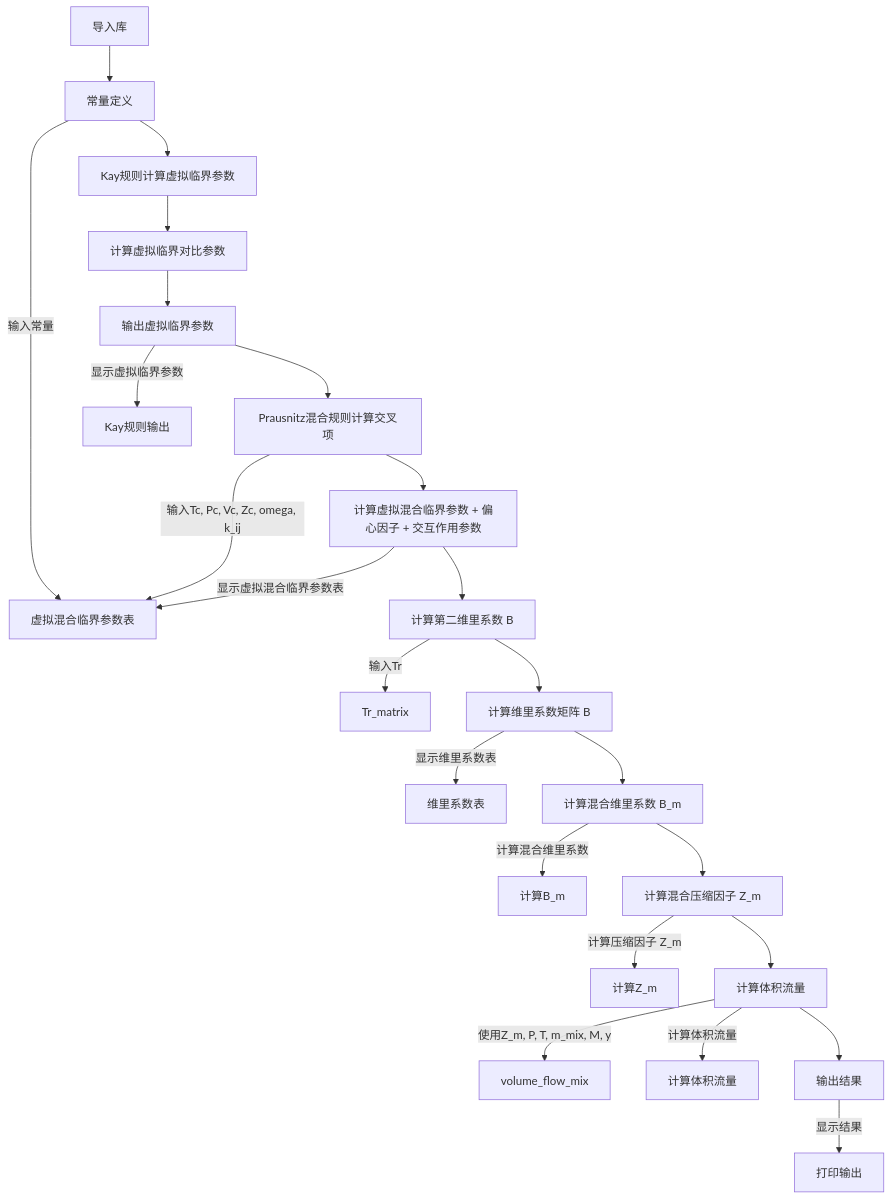
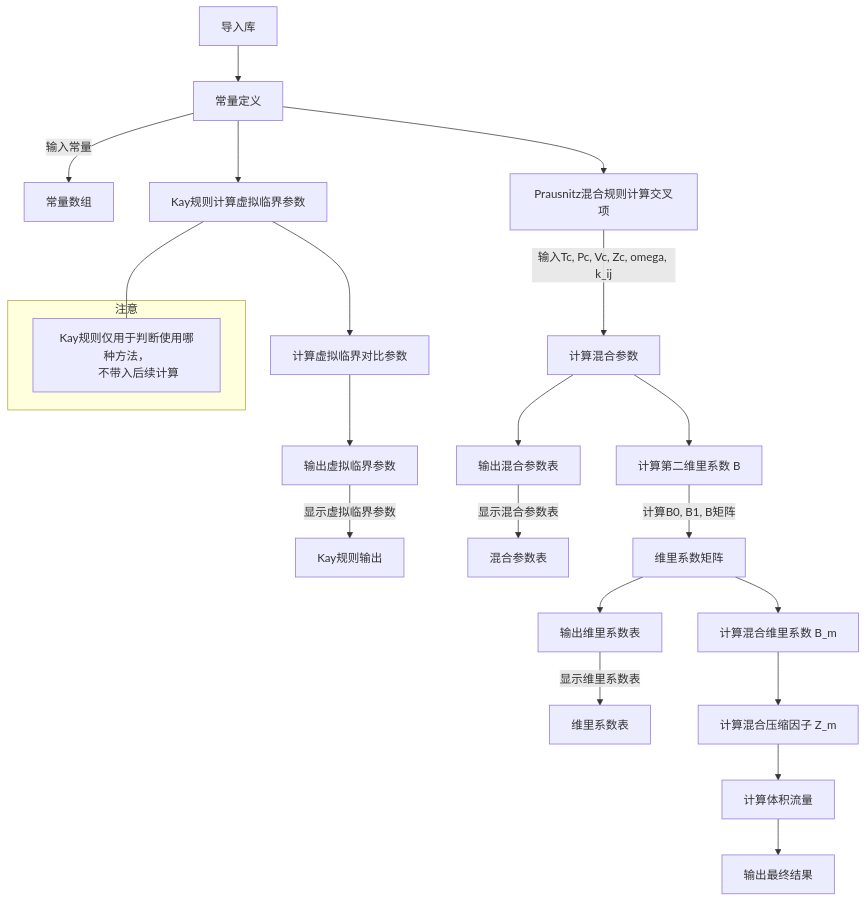
The second of 2 diagrams in 2.python编程作业/作答-aFeiCQUT.md (aFei-CQUT/ChemTermDyna), drawn with Mermaid before and after one commit. The commit also changed other lines of this file and 5 other files, not shown here.

````diff
--- a/2.python编程作业/作答-aFeiCQUT.md
+++ b/2.python编程作业/作答-aFeiCQUT.md
@@ -307,36 +307,36 @@
 ```mermaid
 graph TD
     A[导入库] --> B[常量定义]
     B -->|输入常量| P[常量数组]
     
     B --> C[Kay规则计算虚拟临界参数]
     C --> D[计算虚拟临界对比参数]
     D --> E[输出虚拟临界参数]
+    E -->|显示虚拟临界参数| O[Kay规则输出]
     
-    E -->|显示虚拟临界参数| O[Kay规则输出]
-    E --> F[Prausnitz混合规则计算交叉项]
-    F -->|输入Tc, Pc, Vc, Zc, omega, k_ij| P[交叉项计算]
-
-    F --> G[计算虚拟混合临界参数 + 偏心因子 + 交互作用参数]
-    G -->|显示虚拟混合临界参数表| P[虚拟混合临界参数表]
+    subgraph 注意
+    T[Kay规则仅用于判断使用哪种方法，
+    	不带入后续计算]
+    end
     
-    G --> H[计算第二维里系数 B]
-    H -->|输入Tr| Tr_matrix
+    C --- T
     
-    H --> I[计算维里系数矩阵 B]
-    I -->|显示维里系数表| Q[维里系数表]
-    I --> J[计算混合维里系数 B_m]
+    B --> F[Prausnitz混合规则计算交叉项]
+    F -->|输入Tc, Pc, Vc, Zc, omega, k_ij| G[计算混合参数]
     
-    J -->|计算混合维里系数| R[计算B_m]
-    J --> K[计算混合压缩因子 Z_m]
+    G --> H[输出混合参数表]
+    H -->|显示混合参数表| Q[混合参数表]
     
-    K -->|计算压缩因子 Z_m| S[计算Z_m]
-    K --> L[计算体积流量]
+    G --> I[计算第二维里系数 B]
+    I -->|计算B0, B1, B矩阵| J[维里系数矩阵]
     
-    L -->|使用Z_m, P, T, m_mix, M, y| volume_flow_mix
-    L -->|计算体积流量| T[计算体积流量]
+    J --> K[输出维里系数表]
+    K -->|显示维里系数表| R[维里系数表]
     
-    L --> M[输出结果]
-    M -->|显示结果| N[打印输出]
-
+    J --> L[计算混合维里系数 B_m]
+    L --> M[计算混合压缩因子 Z_m]
+    
+    M --> N[计算体积流量]
+    
+    N --> S[输出最终结果]
 ```
````
